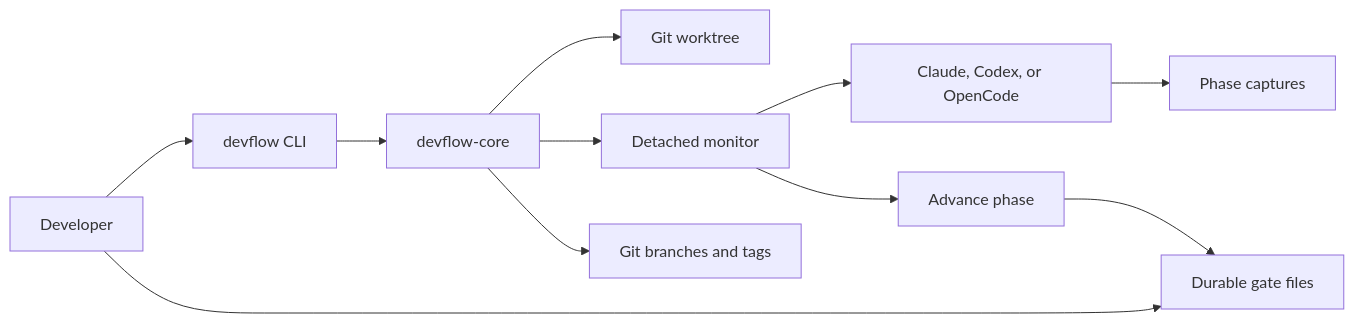
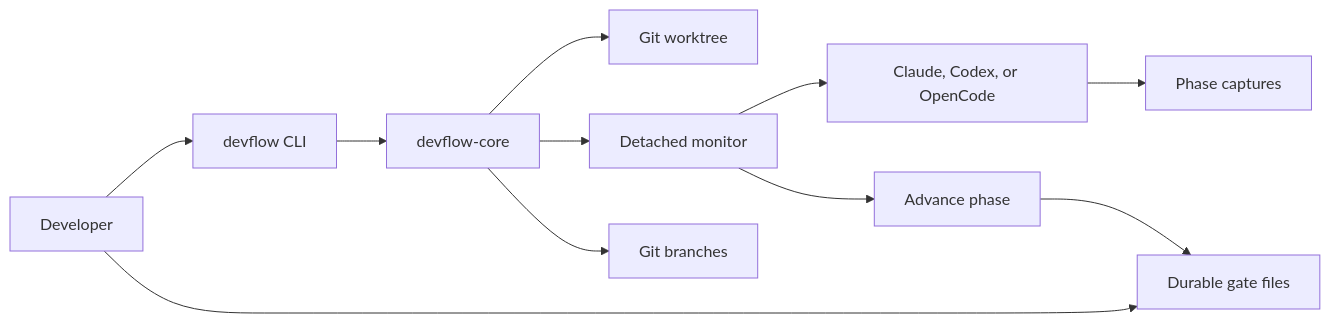
The first of 2 diagrams in docs/diagrams/system.md (denniyahh/devflow), drawn with Mermaid before and after one commit. The commit also changed other lines of this file and 8 other files, not shown here.

````diff
--- a/docs/diagrams/system.md
+++ b/docs/diagrams/system.md
@@ -5,13 +5,13 @@
 ```mermaid
 flowchart LR
     U[Developer] --> CLI[devflow CLI]
     CLI --> CORE[devflow-core]
     CORE --> WT[Git worktree]
     CORE --> MON[Detached monitor]
     MON --> AG[Claude, Codex, or OpenCode]
     AG --> CAP[Phase captures]
     MON --> ADV[Advance phase]
     ADV --> GATE[Durable gate files]
     U --> GATE
-    CORE --> GIT[Git branches and tags]
+    CORE --> GIT[Git branches]
 ```
````
